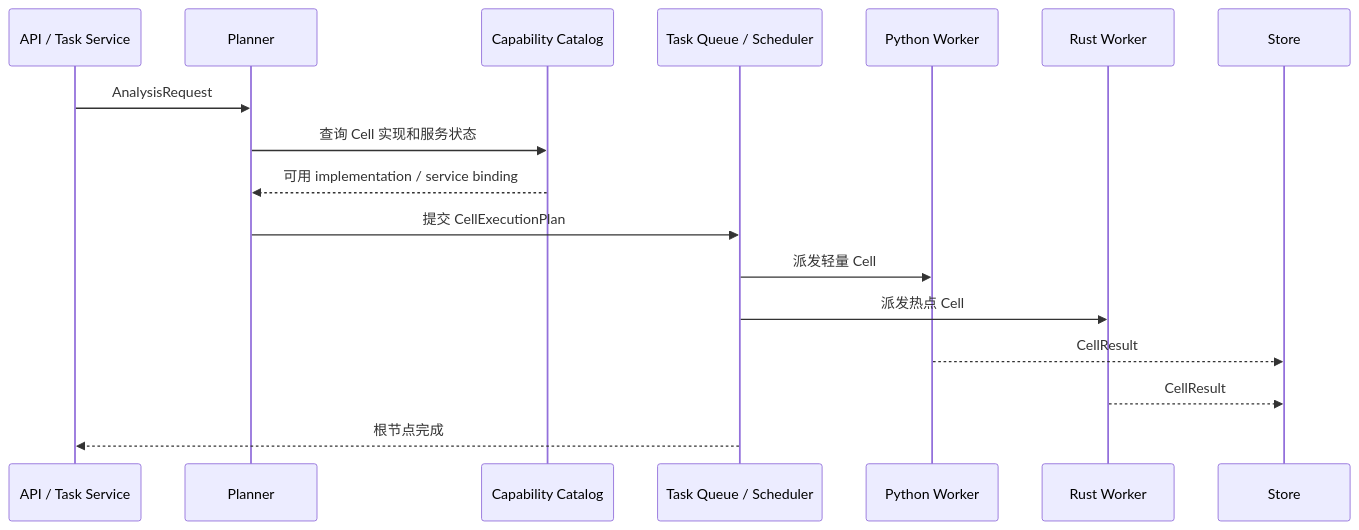
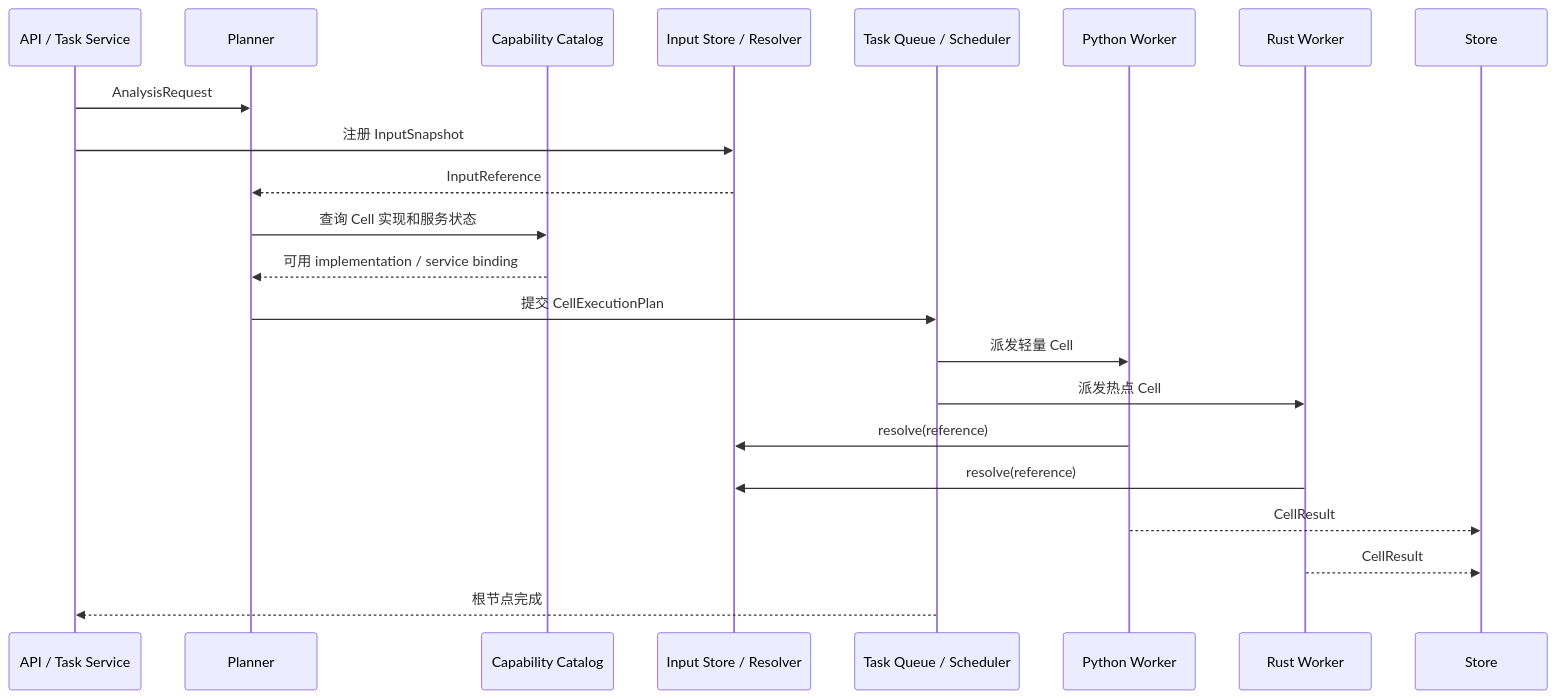
The third of 3 diagrams in docs/cell_execution_fabric.md (ModWU/market-cell), drawn with Mermaid before and after one commit. The commit also changed other lines of this file and 42 other files, not shown here.

````diff
--- a/docs/cell_execution_fabric.md
+++ b/docs/cell_execution_fabric.md
@@ -358,20 +388,25 @@
 ```mermaid
 sequenceDiagram
     participant API as API / Task Service
     participant P as Planner
     participant C as Capability Catalog
+    participant I as Input Store / Resolver
     participant Q as Task Queue / Scheduler
     participant W1 as Python Worker
     participant W2 as Rust Worker
     participant S as Store
 
     API->>P: AnalysisRequest
+    API->>I: 注册 InputSnapshot
+    I-->>P: InputReference
     P->>C: 查询 Cell 实现和服务状态
     C-->>P: 可用 implementation / service binding
     P->>Q: 提交 CellExecutionPlan
     Q->>W1: 派发轻量 Cell
     Q->>W2: 派发热点 Cell
+    W1->>I: resolve(reference)
+    W2->>I: resolve(reference)
     W1-->>S: CellResult
     W2-->>S: CellResult
     Q-->>API: 根节点完成
 ```
````
